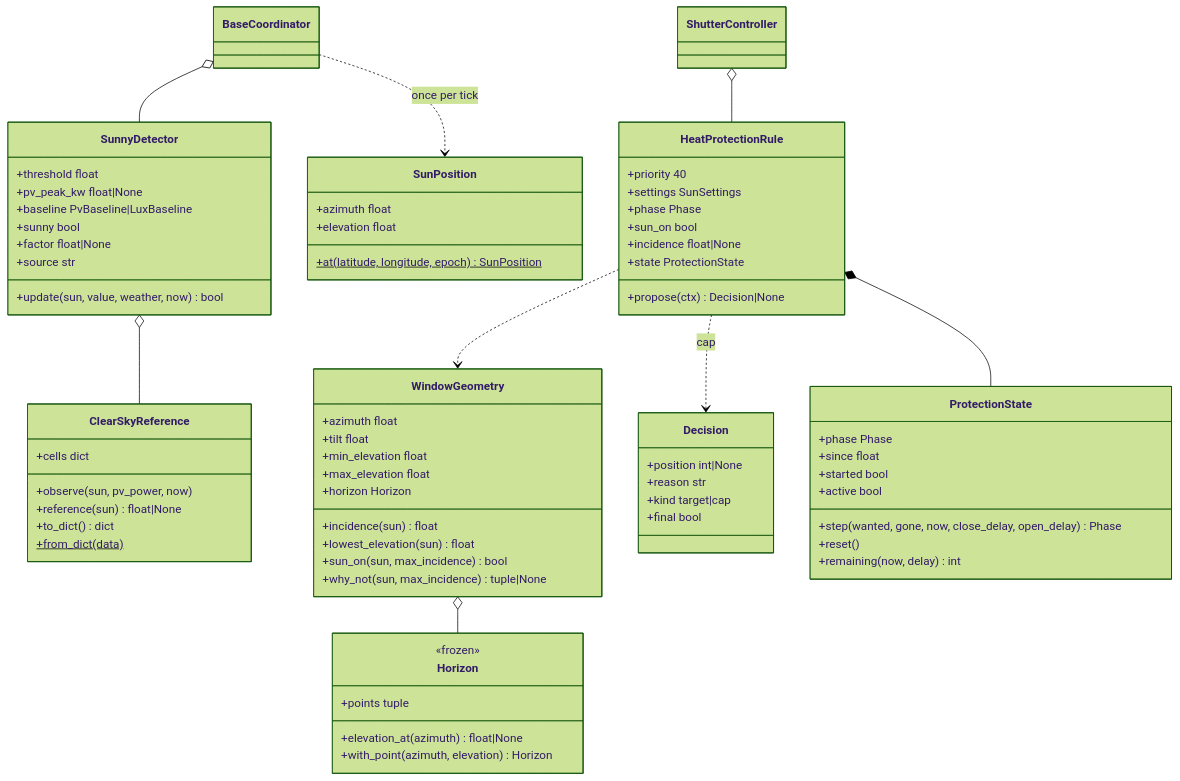
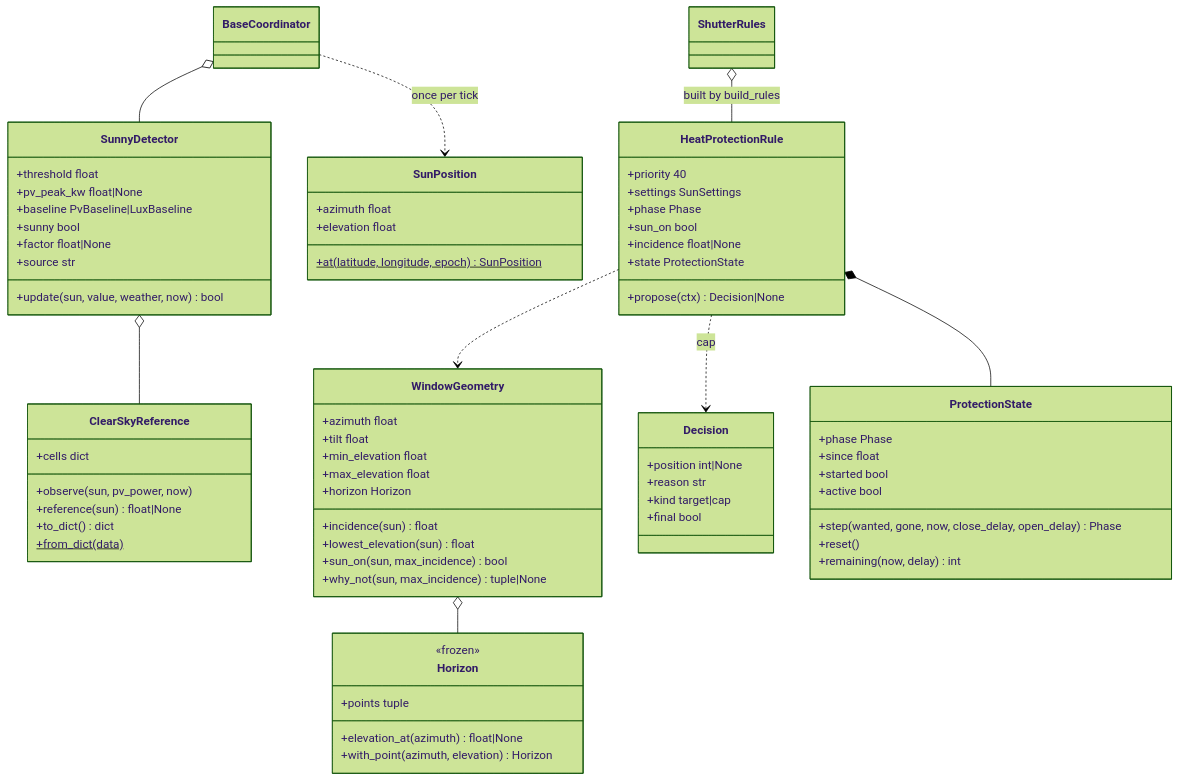
Before and after one commit to abroeders/smart-shutter-control: diagram 11 of 46 in docs/architecture.md, drawn with Mermaid (forest theme). The commit also changed other lines of this file and 35 other files, not shown here.

````diff
--- a/docs/architecture.md
+++ b/docs/architecture.md
@@ -438,74 +441,74 @@
 ```mermaid
 classDiagram
     direction TB
     class SunPosition {
         +azimuth float
         +elevation float
         +at(latitude, longitude, epoch)$ SunPosition
     }
     class WindowGeometry {
         +azimuth float
         +tilt float
         +min_elevation float
         +max_elevation float
         +horizon Horizon
         +incidence(sun) float
         +lowest_elevation(sun) float
         +sun_on(sun, max_incidence) bool
         +why_not(sun, max_incidence) tuple|None
     }
     class Horizon {
         <<frozen>>
         +points tuple
         +elevation_at(azimuth) float|None
         +with_point(azimuth, elevation) Horizon
     }
     WindowGeometry o-- Horizon
     class ClearSkyReference {
         +cells dict
         +observe(sun, pv_power, now)
         +reference(sun) float|None
         +to_dict() dict
         +from_dict(data)$
     }
     class SunnyDetector {
         +threshold float
         +pv_peak_kw float|None
         +baseline PvBaseline|LuxBaseline
         +sunny bool
         +factor float|None
         +source str
         +update(sun, value, weather, now) bool
     }
     class HeatProtectionRule {
         +priority 40
         +settings SunSettings
         +phase Phase
         +sun_on bool
         +incidence float|None
         +state ProtectionState
         +propose(ctx) Decision|None
     }
     class ProtectionState {
         +phase Phase
         +since float
         +started bool
         +active bool
         +step(wanted, gone, now, close_delay, open_delay) Phase
         +reset()
         +remaining(now, delay) int
     }
     class Decision {
         +position int|None
         +reason str
         +kind target|cap
         +final bool
     }
     SunnyDetector o-- ClearSkyReference
     HeatProtectionRule ..> WindowGeometry
     HeatProtectionRule ..> Decision : cap
     HeatProtectionRule *-- ProtectionState
     BaseCoordinator o-- SunnyDetector
     BaseCoordinator ..> SunPosition : once per tick
-    ShutterController o-- HeatProtectionRule
+    ShutterRules o-- HeatProtectionRule : built by build_rules
 ```
````
